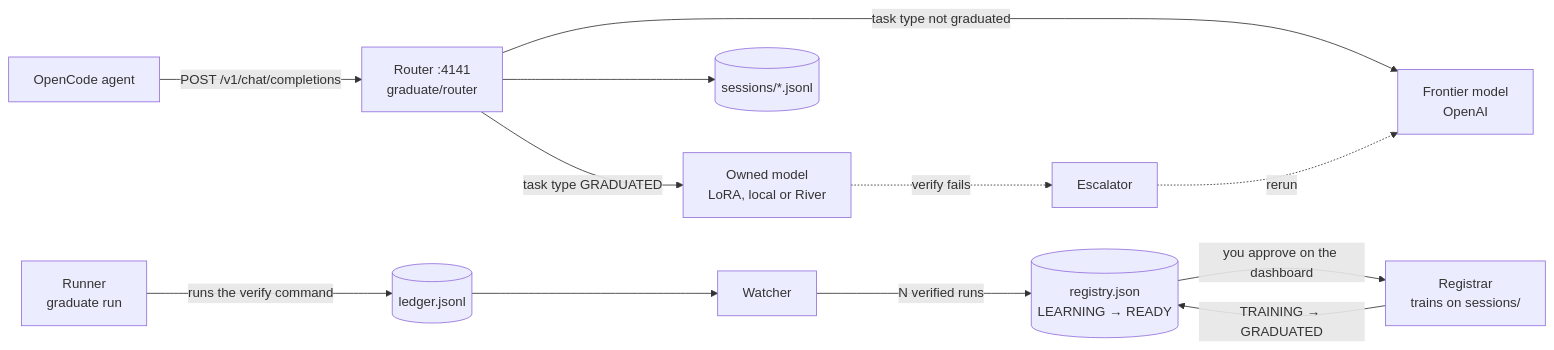
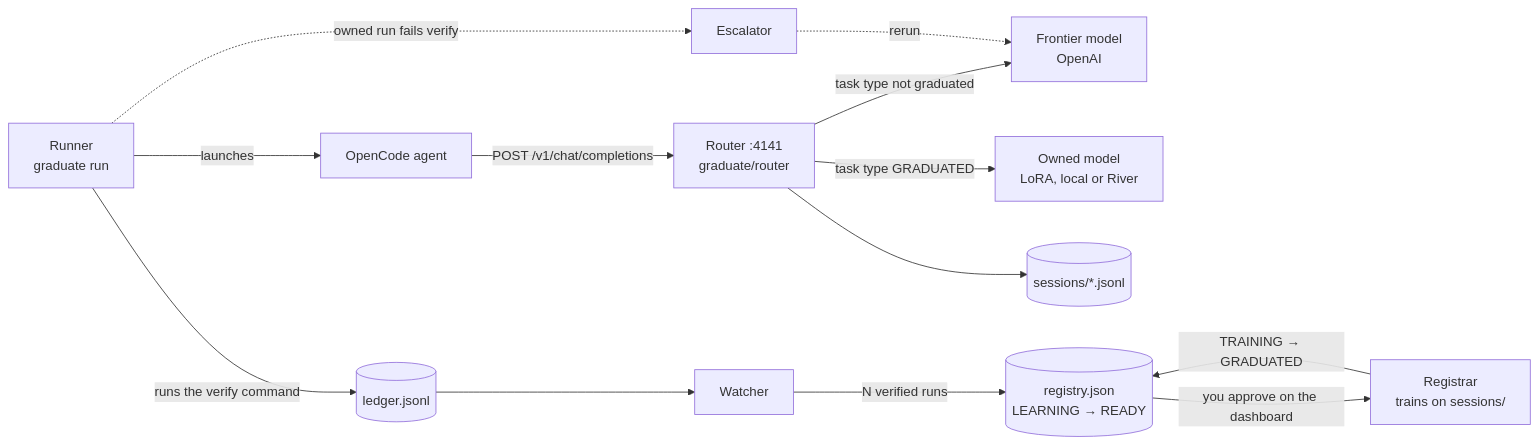
The diagram in README.md (ayaangazali/jelly), drawn with Mermaid before and after one commit. The commit also changed other lines of this file and 1 other file, not shown here.

````diff
--- a/README.md
+++ b/README.md
@@ -9,12 +13,13 @@
 ```mermaid
 flowchart LR
-  A[OpenCode agent] -->|POST /v1/chat/completions| R[Router :4141<br>graduate/router]
+  U[Runner<br>graduate run] -->|launches| A[OpenCode agent]
+  A -->|POST /v1/chat/completions| R[Router :4141<br>graduate/router]
   R -->|task type not graduated| F[Frontier model<br>OpenAI]
   R -->|task type GRADUATED| O[Owned model<br>LoRA, local or River]
   R --> S[(sessions/*.jsonl)]
-  U[Runner<br>graduate run] -->|runs the verify command| L[(ledger.jsonl)]
+  U -->|runs the verify command| L[(ledger.jsonl)]
   L --> W[Watcher] -->|N verified runs| G[(registry.json<br>LEARNING → READY)]
   G -->|you approve on the dashboard| T[Registrar<br>trains on sessions/]
   T -->|TRAINING → GRADUATED| G
-  O -.->|verify fails| E[Escalator] -.->|rerun| F
+  U -.->|owned run fails verify| E[Escalator] -.->|rerun| F
 ```
````
